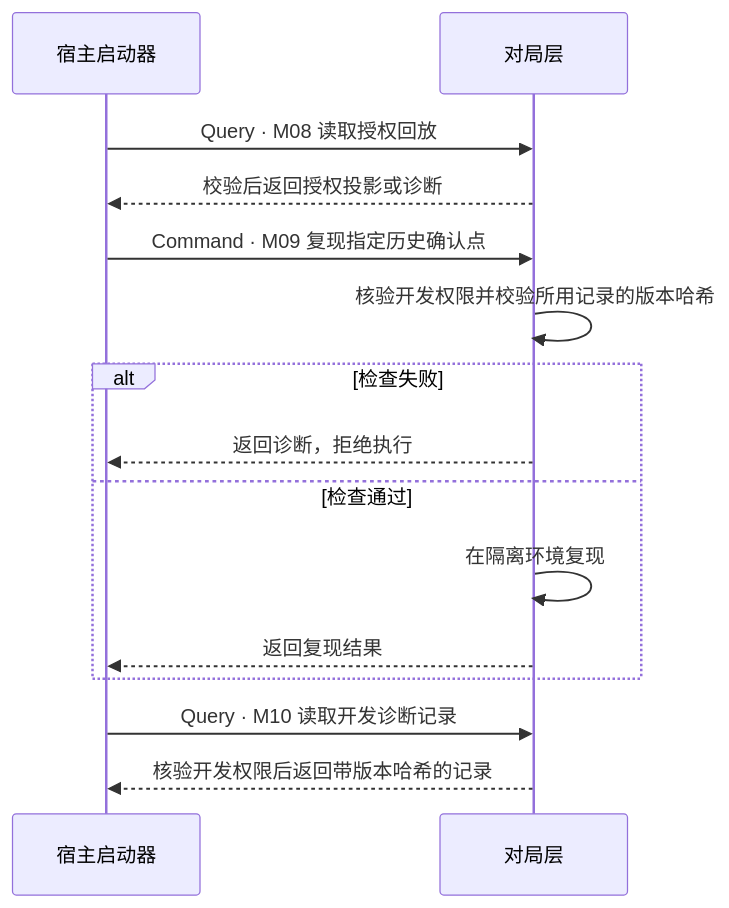
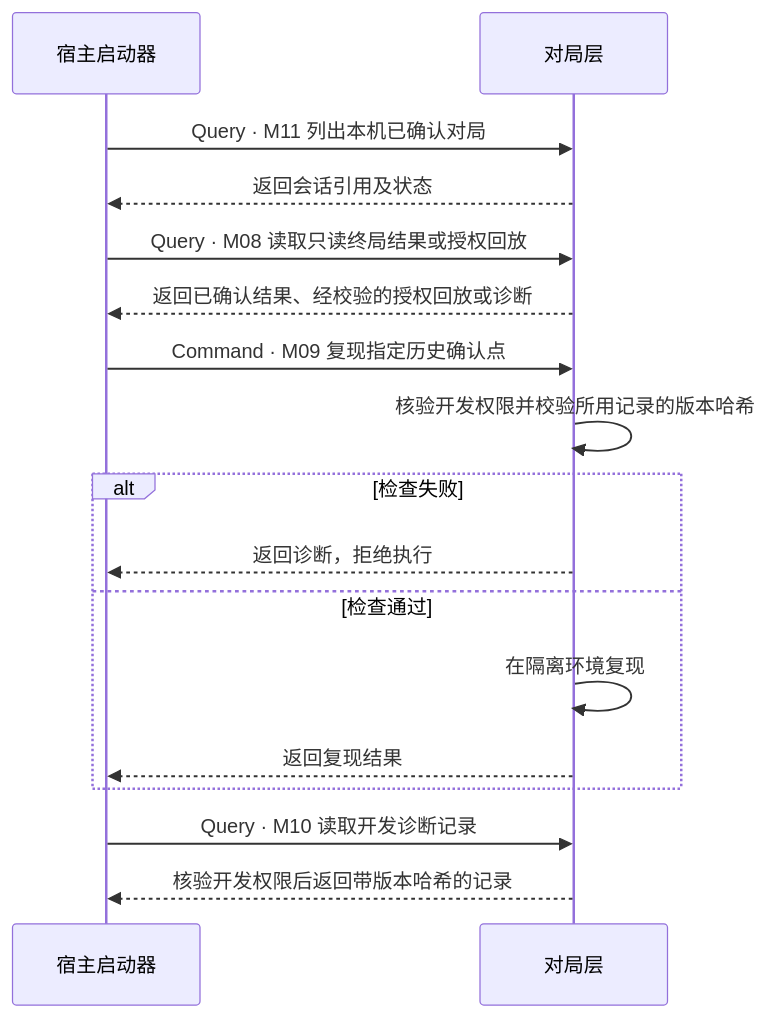
One commit to jigejiqiangshou/Critical-Provisional changed diagram 12 of 12 in specs/001-offline-game-refactor/contracts/scenario-sequences.md. Above: the diagram before and after it, drawn with Mermaid. The commit also changed other lines of this file and 10 other files, not shown here.

````diff
--- a/specs/001-offline-game-refactor/contracts/scenario-sequences.md
+++ b/specs/001-offline-game-refactor/contracts/scenario-sequences.md
@@ -430,17 +438,19 @@
 ```mermaid
 sequenceDiagram
     participant L as 宿主启动器
     participant G as 对局层
-    L->>G: Query · M08 读取授权回放
-    G-->>L: 校验后返回授权投影或诊断
+    L->>G: Query · M11 列出本机已确认对局
+    G-->>L: 返回会话引用及状态
+    L->>G: Query · M08 读取只读终局结果或授权回放
+    G-->>L: 返回已确认结果、经校验的授权回放或诊断
     L->>G: Command · M09 复现指定历史确认点
     G->>G: 核验开发权限并校验所用记录的版本哈希
     alt 检查失败
         G-->>L: 返回诊断，拒绝执行
     else 检查通过
         G->>G: 在隔离环境复现
         G-->>L: 返回复现结果
     end
     L->>G: Query · M10 读取开发诊断记录
     G-->>L: 核验开发权限后返回带版本哈希的记录
 ```
````
